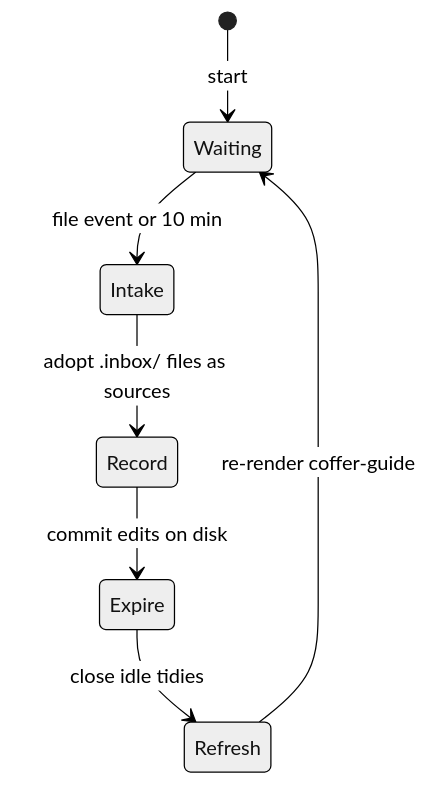
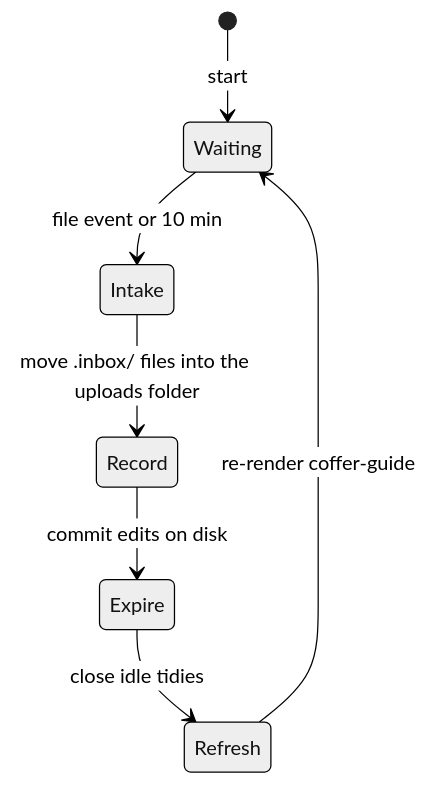
One commit to wyx-sg/Coffer changed the third of 3 diagrams in docs-site/architecture/knowledge.md. Above: the diagram before and after it, drawn with Mermaid (neutral theme). The commit also changed other lines of this file and 138 other files, not shown here.

````diff
--- a/docs-site/architecture/knowledge.md
+++ b/docs-site/architecture/knowledge.md
@@ -393,9 +356,9 @@
 ```mermaid
 stateDiagram-v2
   [*] --> Waiting: start
   Waiting --> Intake: file event or 10 min
-  Intake --> Record: adopt .inbox/ files as sources
+  Intake --> Record: move .inbox/ files into the uploads folder
   Record --> Expire: commit edits on disk
   Expire --> Refresh: close idle tidies
   Refresh --> Waiting: re-render coffer-guide
 ```
````
